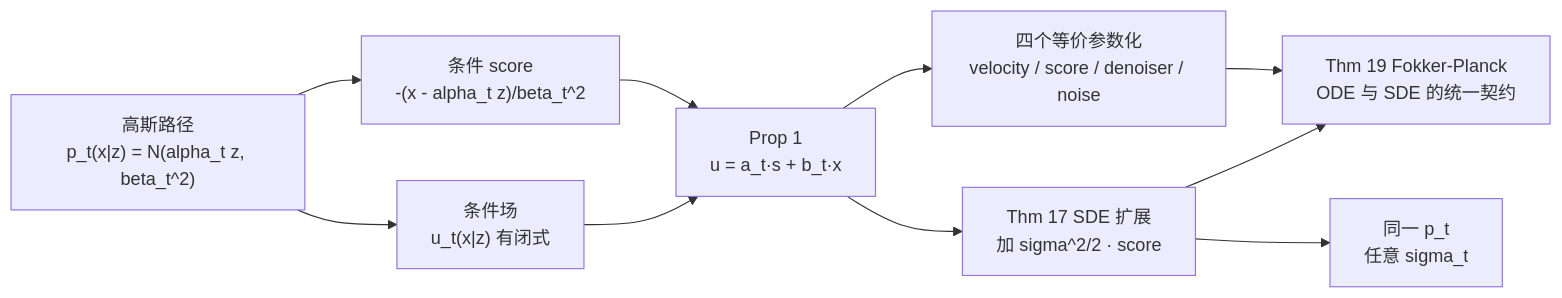
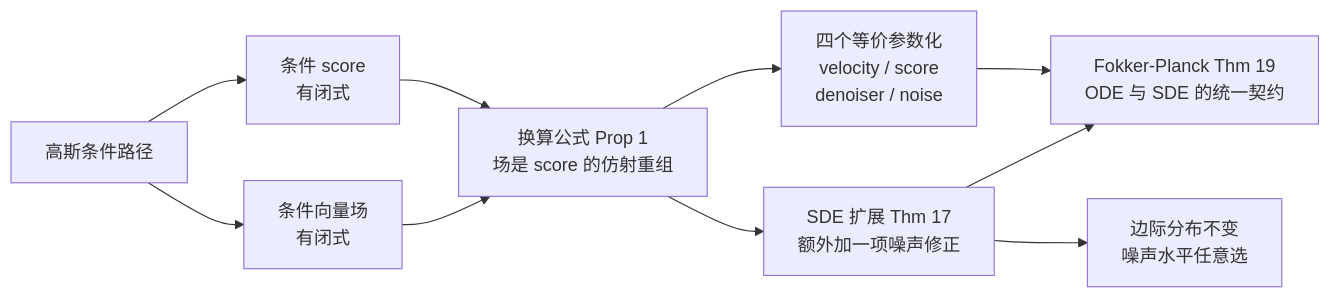
Before and after one commit to lrypcy/lrypcy.github.io: the diagram in _posts/2026-08-22-flow-matching-02-score-diffusion-sde.md, drawn with Mermaid. The commit also changed 4 other files, not shown here.

First line of the commit message:
flow-matching: 修掉三张 mermaid 图的公式不渲染

````diff
--- a/_posts/2026-08-22-flow-matching-02-score-diffusion-sde.md
+++ b/_posts/2026-08-22-flow-matching-02-score-diffusion-sde.md
@@ -19,13 +19,12 @@
 ```mermaid
 graph LR
-    A["高斯路径<br/>p_t(x|z) = N(alpha_t z, beta_t^2)"]
-    A --> B["条件 score<br/>-(x - alpha_t z)/beta_t^2"]
-    A --> C["条件场<br/>u_t(x|z) 有闭式"]
-    B --> D["Prop 1<br/>u = a_t·s + b_t·x"]
+    A["高斯条件路径"] --> B["条件 score<br>有闭式"]
+    A --> C["条件向量场<br>有闭式"]
+    B --> D["换算公式 Prop 1<br>场是 score 的仿射重组"]
     C --> D
-    D --> E["四个等价参数化<br/>velocity / score / denoiser / noise"]
-    D --> F["Thm 17 SDE 扩展<br/>加 sigma^2/2 · score"]
-    F --> G["同一 p_t<br/>任意 sigma_t"]
-    E --> H["Thm 19 Fokker-Planck<br/>ODE 与 SDE 的统一契约"]
+    D --> E["四个等价参数化<br>velocity / score<br>denoiser / noise"]
+    D --> F["SDE 扩展 Thm 17<br>额外加一项噪声修正"]
+    F --> G["边际分布不变<br>噪声水平任意选"]
+    E --> H["Fokker-Planck Thm 19<br>ODE 与 SDE 的统一契约"]
     F --> H
 ```
````
